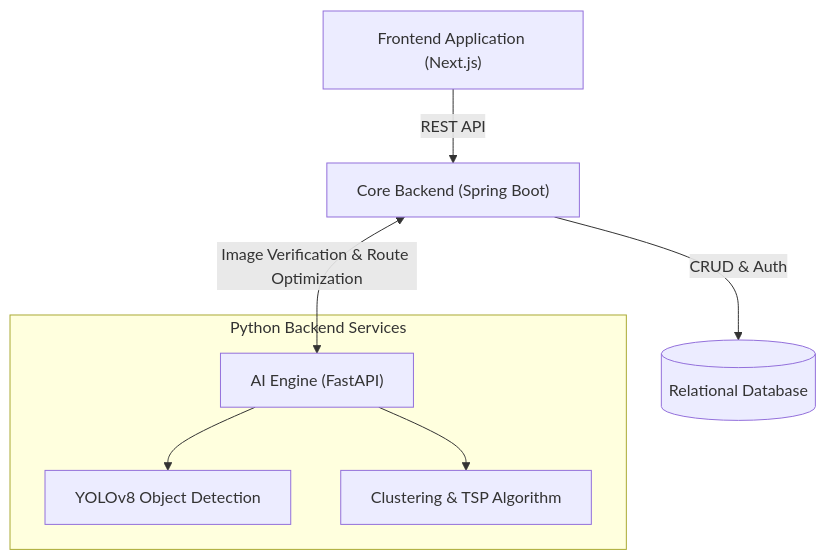
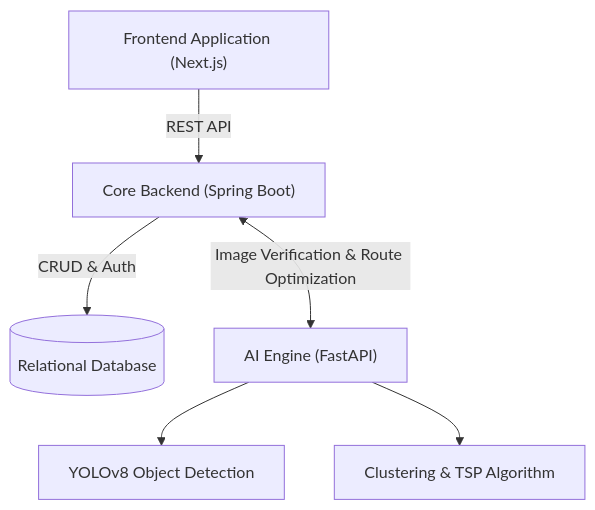
The diagram in README.md (mann-rana29/Far-Away-Hackathon), drawn with Mermaid before and after one commit. The commit also changed other lines of this file and 1 other file, not shown here.

Commit message:
Fix README diagram and clean up repository

````diff
--- a/README.md
+++ b/README.md
@@ -9,16 +9,8 @@
 ```mermaid
-graph TD
-    Client["Frontend Application (Next.js)"]
-    CoreBackend["Core Backend (Spring Boot)"]
-    AIEngine["AI Engine (FastAPI)"]
-    Database[("Relational Database")]
-
-    Client -->|REST API| CoreBackend
-    CoreBackend -->|CRUD & Auth| Database
-    CoreBackend <-->|Image Verification & Route Optimization| AIEngine
-    
-    subgraph "Python Backend Services"
-    AIEngine --> YOLO["YOLOv8 Object Detection"]
-    AIEngine --> KMeans["Clustering & TSP Algorithm"]
-    end
+graph TD;
+    Client["Frontend Application (Next.js)"]-->|REST API|CoreBackend["Core Backend (Spring Boot)"];
+    CoreBackend-->|CRUD & Auth|Database[("Relational Database")];
+    CoreBackend<-->|Image Verification & Route Optimization|AIEngine["AI Engine (FastAPI)"];
+    AIEngine-->YOLO["YOLOv8 Object Detection"];
+    AIEngine-->KMeans["Clustering & TSP Algorithm"];
 ```
````
